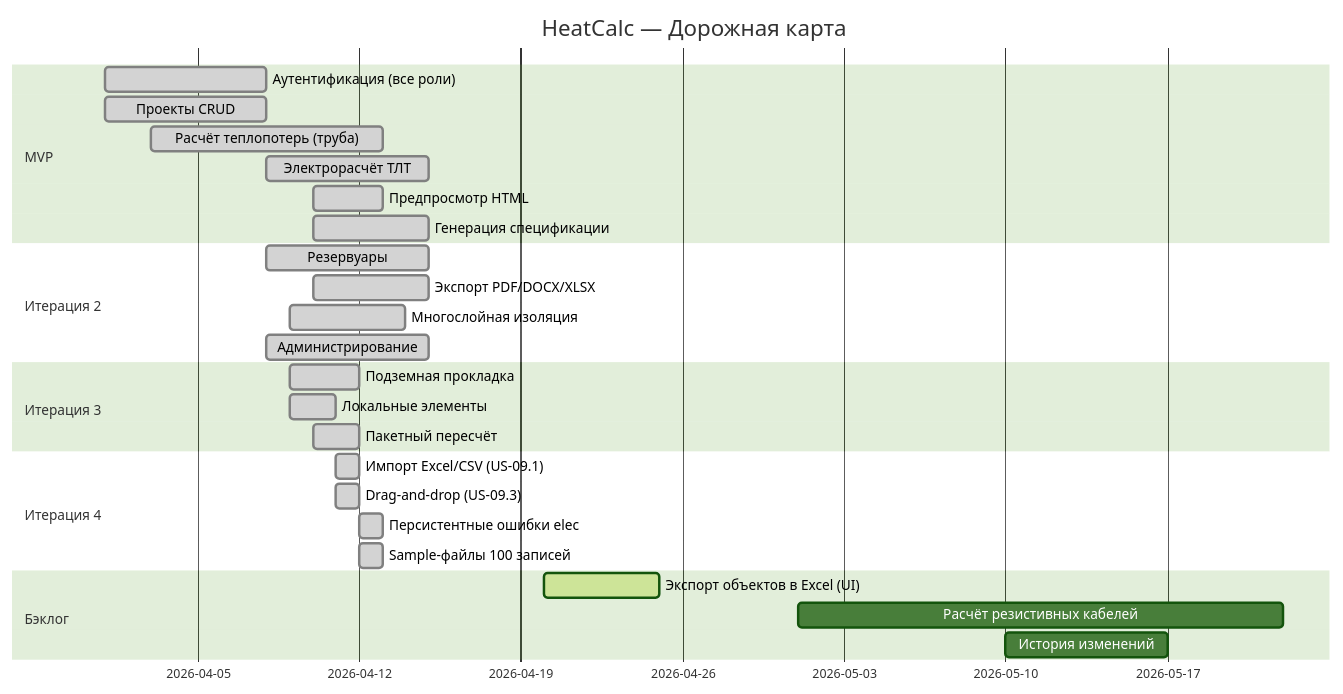
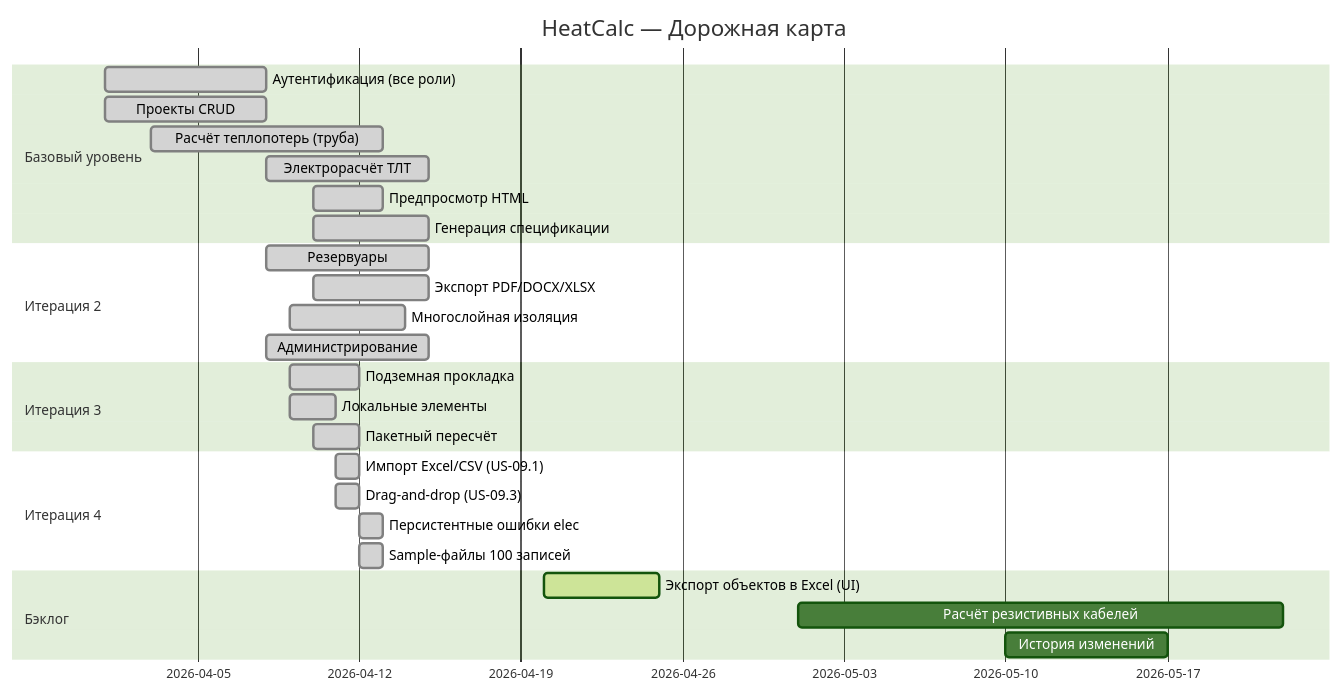
Before and after one commit to malafdmitry0-crypto/TLT: the second of 2 diagrams in demo-doc/analysis/story-map.md, drawn with Mermaid (forest theme). The commit also changed other lines of this file and 126 other files, not shown here.

````diff
--- a/demo-doc/analysis/story-map.md
+++ b/demo-doc/analysis/story-map.md
@@ -159,30 +159,30 @@
 ```mermaid
 gantt
     title HeatCalc — Дорожная карта
     dateFormat  YYYY-MM-DD
-    section MVP
+    section Базовый уровень
     Аутентификация (все роли)      :done, a1, 2026-04-01, 7d
     Проекты CRUD                   :done, a2, 2026-04-01, 7d
     Расчёт теплопотерь (труба)     :done, a3, 2026-04-03, 10d
     Электрорасчёт ТЛТ              :done, a4, 2026-04-08, 7d
     Предпросмотр HTML              :done, a5, 2026-04-10, 3d
     Генерация спецификации         :done, a6, 2026-04-10, 5d
     section Итерация 2
     Резервуары                     :done, b1, 2026-04-08, 7d
     Экспорт PDF/DOCX/XLSX          :done, b2, 2026-04-10, 5d
     Многослойная изоляция          :done, b3, 2026-04-09, 5d
     Администрирование              :done, b4, 2026-04-08, 7d
     section Итерация 3
     Подземная прокладка            :done, c1, 2026-04-09, 3d
     Локальные элементы             :done, c2, 2026-04-09, 2d
     Пакетный пересчёт              :done, c3, 2026-04-10, 2d
     section Итерация 4
     Импорт Excel/CSV (US-09.1)     :done, d1, 2026-04-11, 1d
     Drag-and-drop (US-09.3)        :done, d2, 2026-04-11, 1d
     Персистентные ошибки elec      :done, d3, 2026-04-12, 1d
     Sample-файлы 100 записей       :done, d4, 2026-04-12, 1d
     section Бэклог
     Экспорт объектов в Excel (UI)  :active,  e1, 2026-04-20, 5d
     Расчёт резистивных кабелей     :        e2, 2026-05-01, 21d
     История изменений              :        e3, 2026-05-10, 7d
 ```
````
